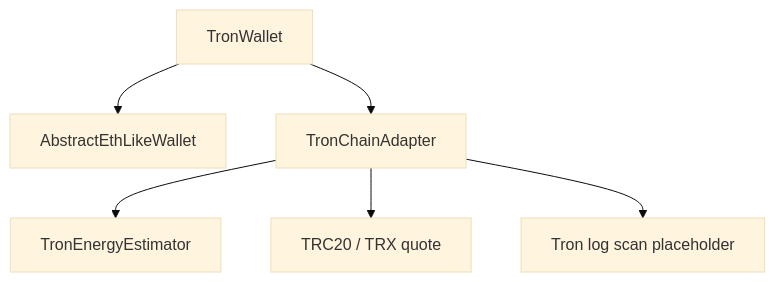
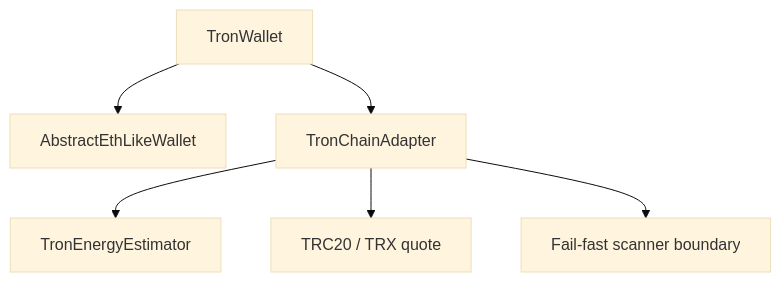
The fourth of 5 diagrams in system-code-flow.md (lilaizhencn/surprising-wallet), drawn with Mermaid (base theme) before and after one commit. The commit also changed other lines of this file and 7 other files, not shown here.

````diff
--- a/system-code-flow.md
+++ b/system-code-flow.md
@@ -74,8 +76,8 @@
 ```mermaid
 flowchart TD
     A[TronWallet] --> B[AbstractEthLikeWallet]
     A --> C[TronChainAdapter]
     C --> D[TronEnergyEstimator]
     C --> E[TRC20 / TRX quote]
-    C --> F[Tron log scan placeholder]
+    C --> F[Fail-fast scanner boundary]
 ```
````
